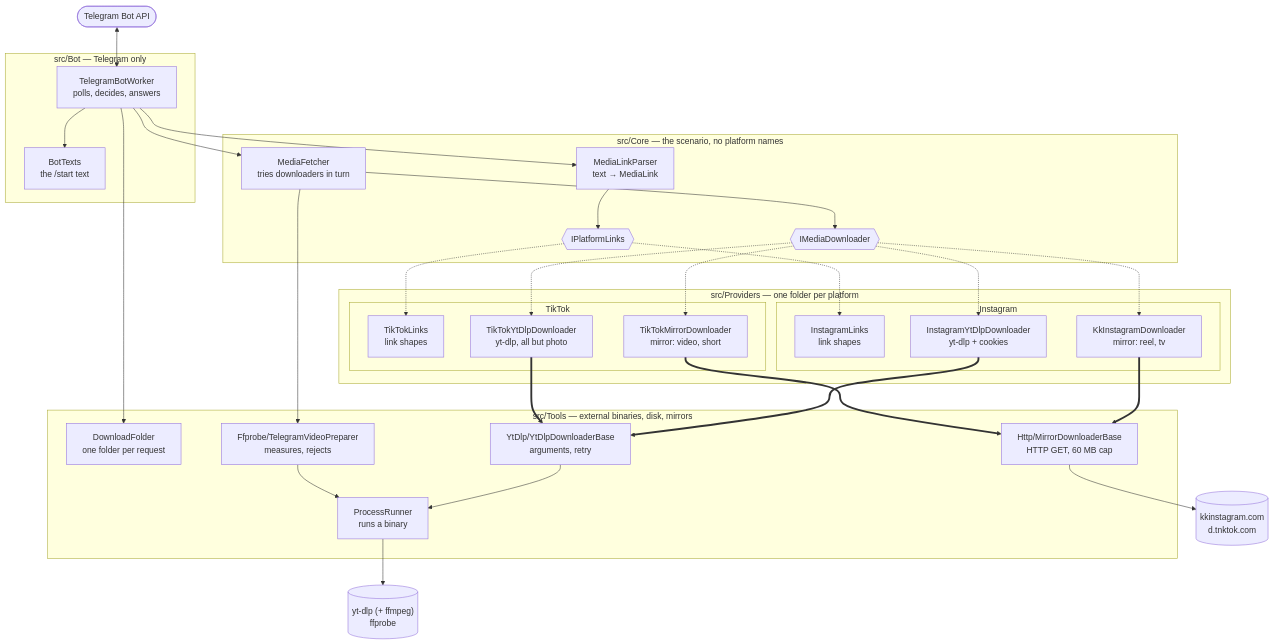
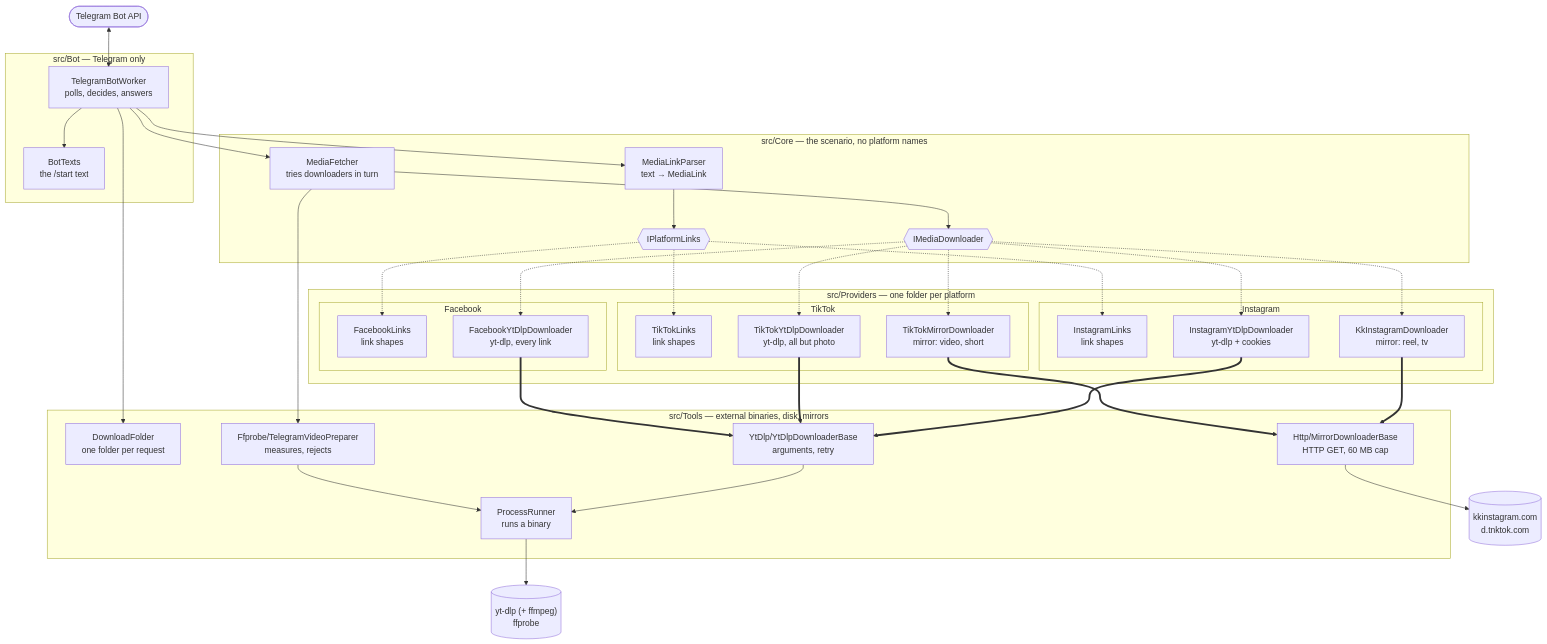
Before and after one commit to AntonZelinsky/UpDownLoaderBot: the first of 2 diagrams in ARCHITECTURE.md, drawn with Mermaid. The commit also changed other lines of this file and 12 other files, not shown here.

Commit message:
Add Facebook as the third platform: yt-dlp alone, no cookies

````diff
--- a/ARCHITECTURE.md
+++ b/ARCHITECTURE.md
@@ -22,74 +22,81 @@
 ```mermaid
 ---
 config:
   elk:
     lineHops: false
 ---
 flowchart TB
     %% The config above turns off the "hops" Mermaid 12 draws where two lines cross: a dotted line
     %% that hops is drawn solid. Older renderers ignore the key.
     tg(["Telegram Bot API"])
 
     subgraph Bot["src/Bot — Telegram only"]
         worker["TelegramBotWorker<br/>polls, decides, answers"]
         texts["BotTexts<br/>the /start text"]
     end
 
     subgraph Core["src/Core — the scenario, no platform names"]
         parser["MediaLinkParser<br/>text → MediaLink"]
         fetcher["MediaFetcher<br/>tries downloaders in turn"]
         iLinks{{"IPlatformLinks"}}
         iDown{{"IMediaDownloader"}}
     end
 
     subgraph Providers["src/Providers — one folder per platform"]
         subgraph Instagram
             igLinks["InstagramLinks<br/>link shapes"]
             kk["KkInstagramDownloader<br/>mirror: reel, tv"]
             igYt["InstagramYtDlpDownloader<br/>yt-dlp + cookies"]
         end
         subgraph TikTok
             ttLinks["TikTokLinks<br/>link shapes"]
             tnk["TikTokMirrorDownloader<br/>mirror: video, short"]
             ttYt["TikTokYtDlpDownloader<br/>yt-dlp, all but photo"]
         end
+        subgraph Facebook
+            fbLinks["FacebookLinks<br/>link shapes"]
+            fbYt["FacebookYtDlpDownloader<br/>yt-dlp, every link"]
+        end
     end
 
     subgraph Tools["src/Tools — external binaries, disk, mirrors"]
         folder["DownloadFolder<br/>one folder per request"]
         mirrorBase["Http/MirrorDownloaderBase<br/>HTTP GET, 60 MB cap"]
         ytBase["YtDlp/YtDlpDownloaderBase<br/>arguments, retry"]
         preparer["Ffprobe/TelegramVideoPreparer<br/>measures, rejects"]
         runner["ProcessRunner<br/>runs a binary"]
     end
 
     mirrors[("kkinstagram.com<br/>d.tnktok.com")]
     binaries[("yt-dlp (+ ffmpeg)<br/>ffprobe")]
 
     tg <--> worker
     worker --> texts
     worker --> parser
     worker --> folder
     worker --> fetcher
 
     parser --> iLinks
     iLinks -.-> igLinks
     iLinks -.-> ttLinks
+    iLinks -.-> fbLinks
 
     fetcher --> iDown
     fetcher --> preparer
     iDown -.-> kk
     iDown -.-> igYt
     iDown -.-> tnk
     iDown -.-> ttYt
+    iDown -.-> fbYt
 
     kk ==> mirrorBase
     tnk ==> mirrorBase
     igYt ==> ytBase
     ttYt ==> ytBase
+    fbYt ==> ytBase
 
     mirrorBase --> mirrors
     ytBase --> runner
     preparer --> runner
     runner --> binaries
 ```
````
